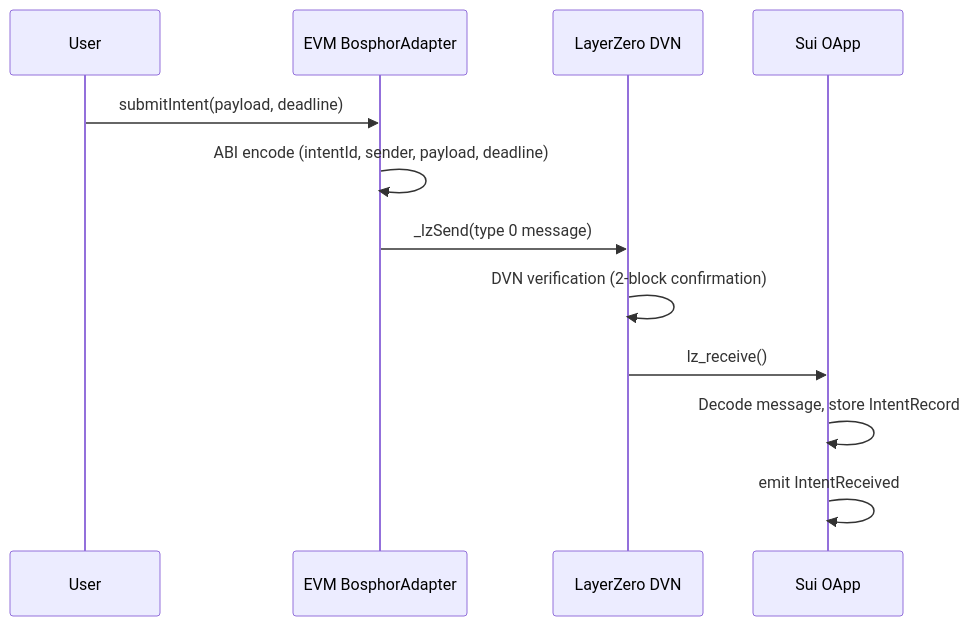
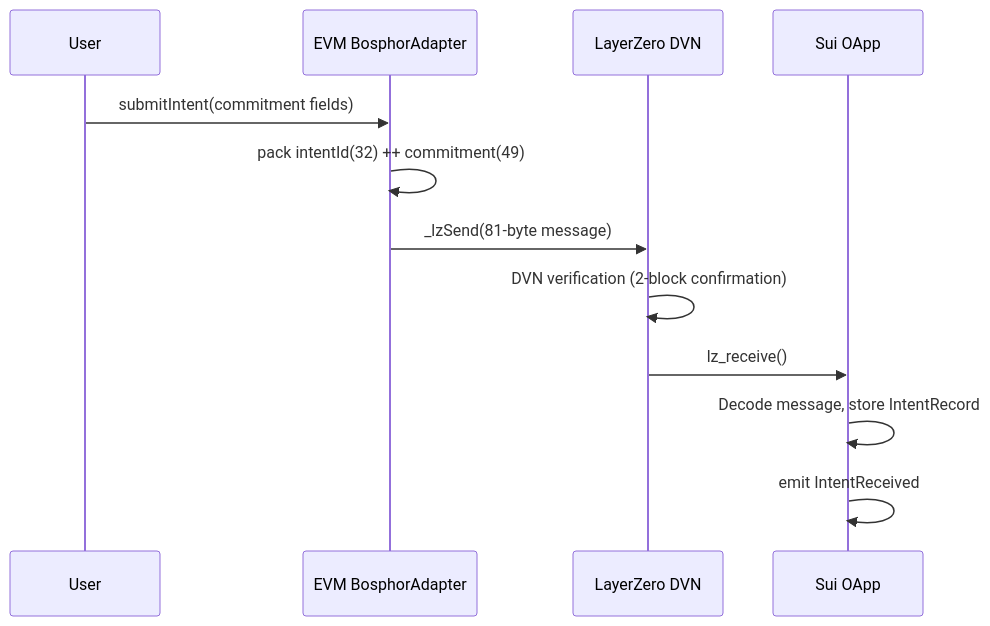
Before and after one commit to riva-labs/bosphor: the first of 2 diagrams in website/docs/lz-verification-flow.md, drawn with Mermaid. The commit also changed other lines of this file and 6 other files, not shown here.

````diff
--- a/website/docs/lz-verification-flow.md
+++ b/website/docs/lz-verification-flow.md
@@ -20,15 +20,15 @@
 ```mermaid
 sequenceDiagram
     participant User
     participant EVM as EVM BosphorAdapter
     participant LZ as LayerZero DVN
     participant Sui as Sui OApp
 
-    User->>EVM: submitIntent(payload, deadline)
-    EVM->>EVM: ABI encode (intentId, sender, payload, deadline)
-    EVM->>LZ: _lzSend(type 0 message)
+    User->>EVM: submitIntent(commitment fields)
+    EVM->>EVM: pack intentId(32) ++ commitment(49)
+    EVM->>LZ: _lzSend(81-byte message)
     LZ->>LZ: DVN verification (2-block confirmation)
     LZ->>Sui: lz_receive()
     Sui->>Sui: Decode message, store IntentRecord
     Sui->>Sui: emit IntentReceived
 ```
````
